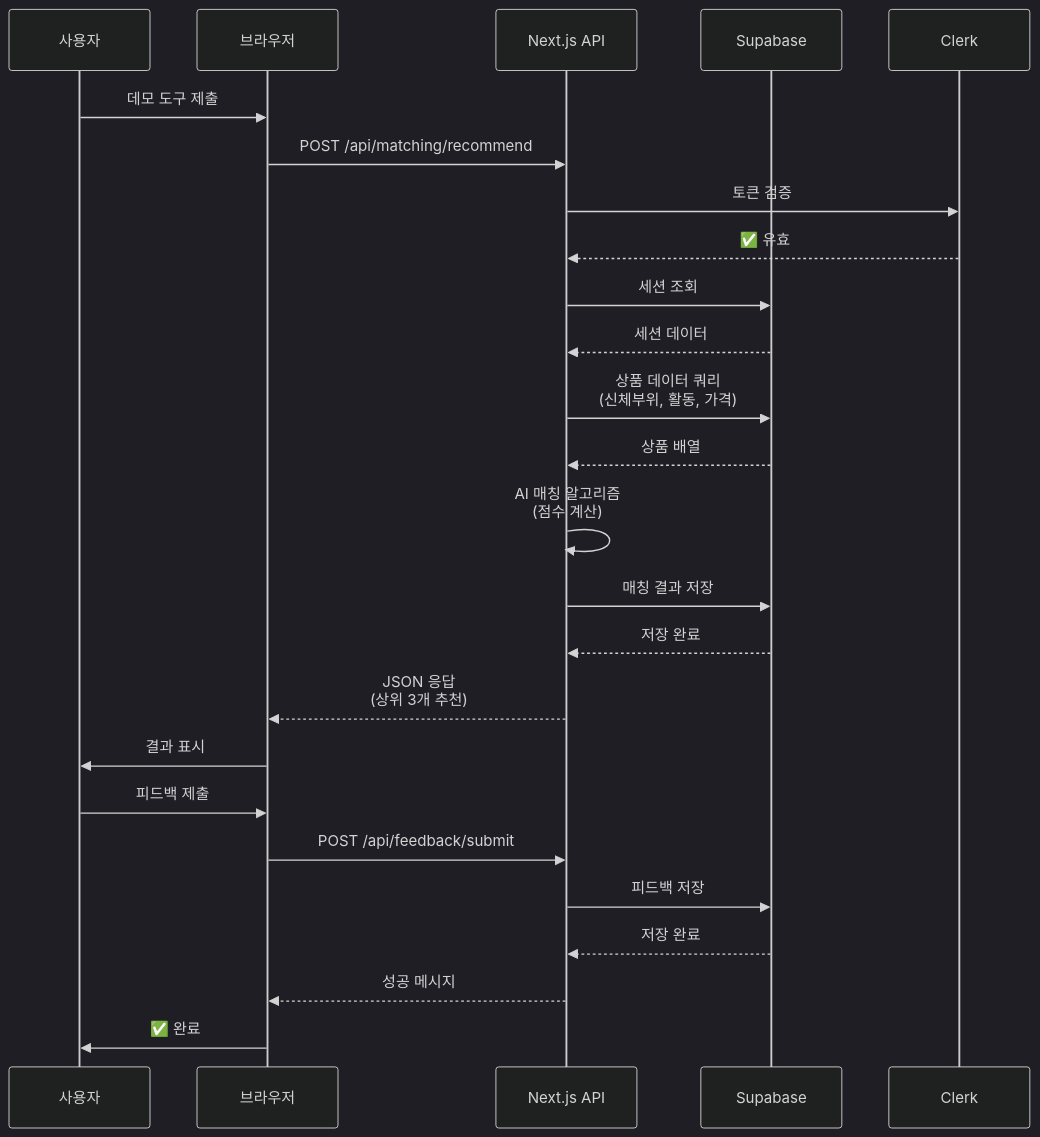
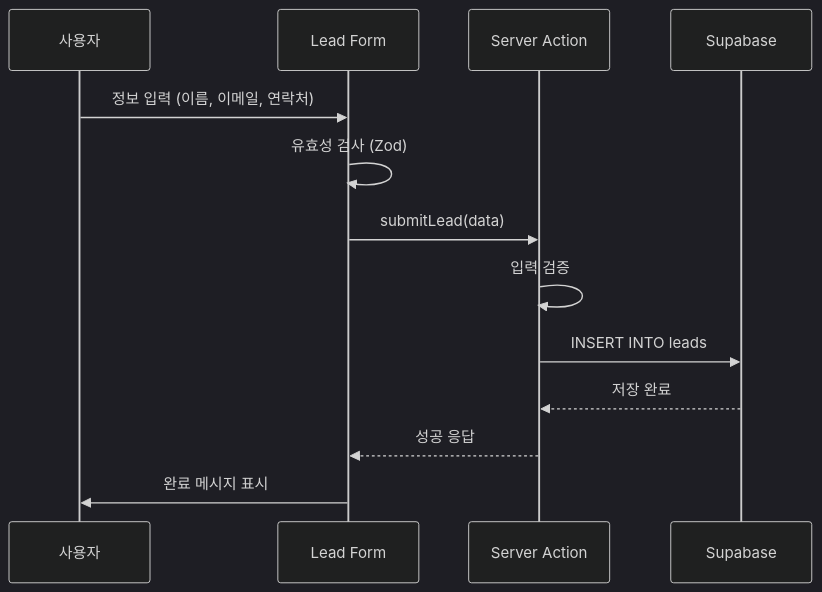
One commit to Kris-Young-Kim/ai-admp changed the fourth of 6 diagrams in docs/Mermaid.md. Above: the diagram before and after it, drawn with Mermaid (dark theme). The commit also changed other lines of this file and 18 other files, not shown here.

````diff
--- a/docs/Mermaid.md
+++ b/docs/Mermaid.md
@@ -188,37 +80,16 @@
 ```mermaid
 sequenceDiagram
     participant User as 사용자
-    participant Browser as 브라우저
-    participant NextJS as Next.js API
+    participant Form as Lead Form
+    participant Action as Server Action
     participant Supabase as Supabase
-    participant Clerk as Clerk
     
-    User->>Browser: 데모 도구 제출
-    Browser->>NextJS: POST /api/matching/recommend
-    
-    NextJS->>Clerk: 토큰 검증
-    Clerk-->>NextJS: ✅ 유효
-    
-    NextJS->>Supabase: 세션 조회
-    Supabase-->>NextJS: 세션 데이터
-    
-    NextJS->>Supabase: 상품 데이터 쿼리<br/>(신체부위, 활동, 가격)
-    Supabase-->>NextJS: 상품 배열
-    
-    NextJS->>NextJS: AI 매칭 알고리즘<br/>(점수 계산)
-    
-    NextJS->>Supabase: 매칭 결과 저장
-    Supabase-->>NextJS: 저장 완료
-    
-    NextJS-->>Browser: JSON 응답<br/>(상위 3개 추천)
-    Browser->>User: 결과 표시
-    
-    User->>Browser: 피드백 제출
-    Browser->>NextJS: POST /api/feedback/submit
-    
-    NextJS->>Supabase: 피드백 저장
-    Supabase-->>NextJS: 저장 완료
-    
-    NextJS-->>Browser: 성공 메시지
-    Browser->>User: ✅ 완료
+    User->>Form: 정보 입력 (이름, 이메일, 연락처)
+    Form->>Form: 유효성 검사 (Zod)
+    Form->>Action: submitLead(data)
+    Action->>Action: 입력 검증
+    Action->>Supabase: INSERT INTO leads
+    Supabase-->>Action: 저장 완료
+    Action-->>Form: 성공 응답
+    Form->>User: 완료 메시지 표시
 ```
````
